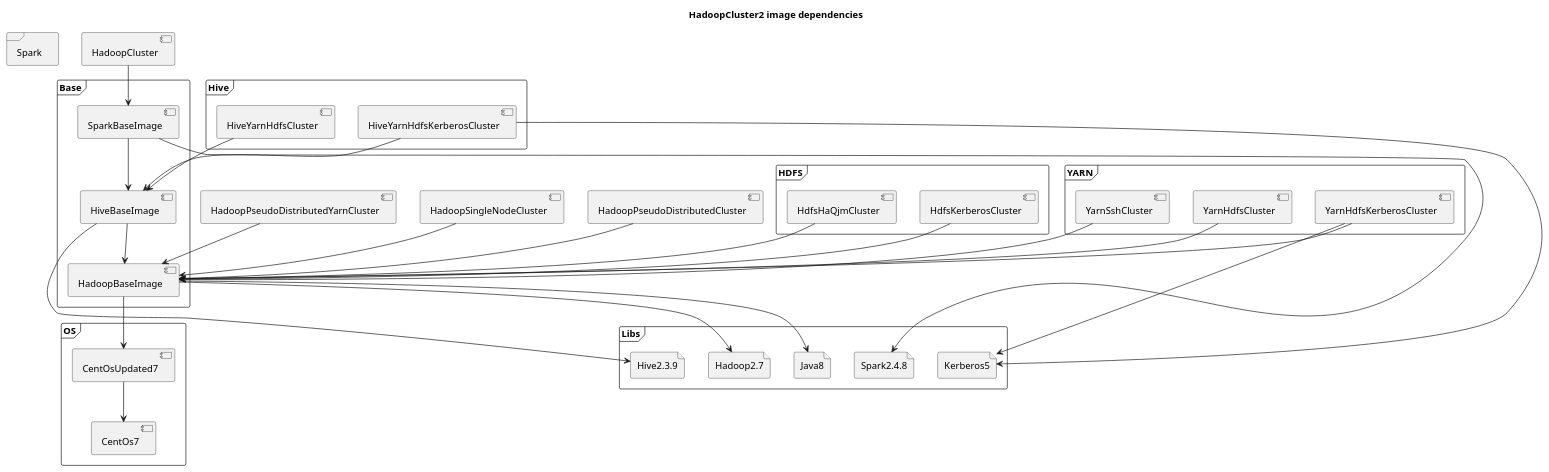
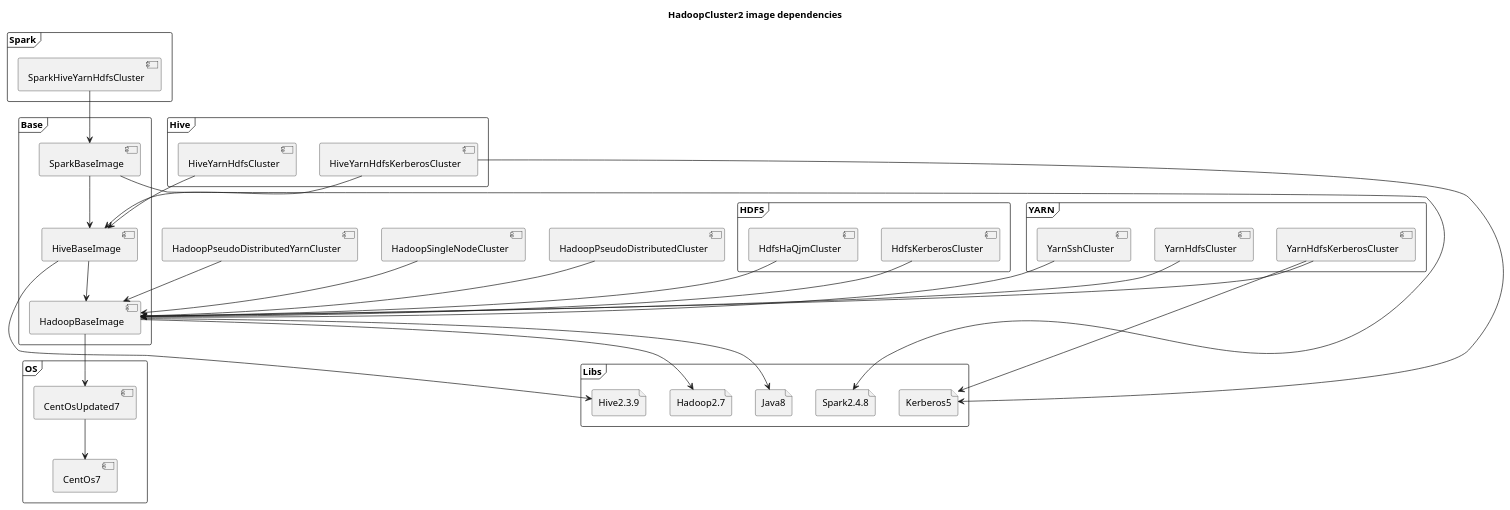
Before and after one commit to Aleks-Ya/yaal_examples: the diagram in Building+/Docker+/DockerImage+/Application+/Hadoop+/Hadoop2+/dependecies.puml, drawn with PlantUML. The commit also changed 24 other files, not shown here.

Commit message:
Docker: Hadoop: rename "HadoopCluster" to "SparkHiveYarnHdfsCluster"

```diff
--- a/Building+/Docker+/DockerImage+/Application+/Hadoop+/Hadoop2+/dependecies.puml
+++ b/Building+/Docker+/DockerImage+/Application+/Hadoop+/Hadoop2+/dependecies.puml
@@ -1,64 +1,64 @@
 @startuml
 'https://plantuml.com/component-diagram
 
 title "HadoopCluster2 image dependencies"
 
 frame OS {
     component CentOs7
     component CentOsUpdated7
 }
 frame Libs {
     file Hadoop2.7
     file Java8
     file Hive2.3.9
     file Spark2.4.8
     file Kerberos5
 }
 frame Base {
     component HadoopBaseImage
     component HiveBaseImage
     component SparkBaseImage
     HadoopBaseImage --> CentOsUpdated7
     HadoopBaseImage --> Hadoop2.7
     HadoopBaseImage --> Java8
     HiveBaseImage --> HadoopBaseImage
     HiveBaseImage --> Hive2.3.9
 }
-component HadoopCluster
 component HadoopPseudoDistributedCluster
 component HadoopPseudoDistributedYarnCluster
 component HadoopSingleNodeCluster
 frame HDFS {
     component HdfsKerberosCluster
     component HdfsHaQjmCluster
     HdfsKerberosCluster --> HadoopBaseImage
     HdfsHaQjmCluster --> HadoopBaseImage
 }
 frame YARN {
     component YarnHdfsCluster
     component YarnHdfsKerberosCluster
     component YarnSshCluster
     YarnHdfsCluster --> HadoopBaseImage
     YarnHdfsKerberosCluster --> HadoopBaseImage
     YarnHdfsKerberosCluster --> Kerberos5
     YarnSshCluster --> HadoopBaseImage
 }
 frame Hive {
     component HiveYarnHdfsCluster
     component HiveYarnHdfsKerberosCluster
     HiveYarnHdfsKerberosCluster --> HiveBaseImage
     HiveYarnHdfsKerberosCluster --> Kerberos5
     HiveYarnHdfsCluster --> HiveBaseImage
 }
 frame Spark {
+    component SparkHiveYarnHdfsCluster
     SparkBaseImage --> HiveBaseImage
     SparkBaseImage --> Spark2.4.8
+    SparkHiveYarnHdfsCluster --> SparkBaseImage
 }
 
 CentOsUpdated7 --> CentOs7
-HadoopCluster --> SparkBaseImage
 HadoopPseudoDistributedCluster --> HadoopBaseImage
 HadoopPseudoDistributedYarnCluster --> HadoopBaseImage
 HadoopSingleNodeCluster --> HadoopBaseImage
 
 @enduml
```
